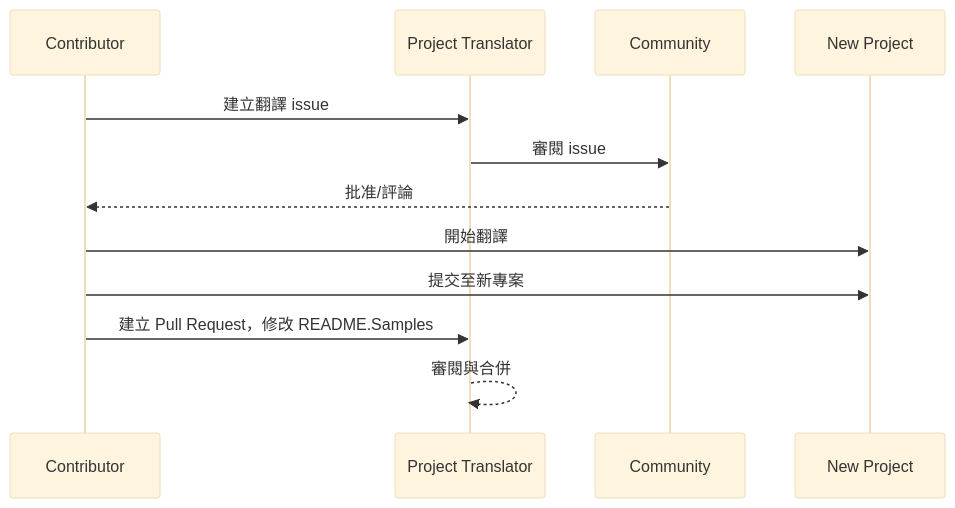
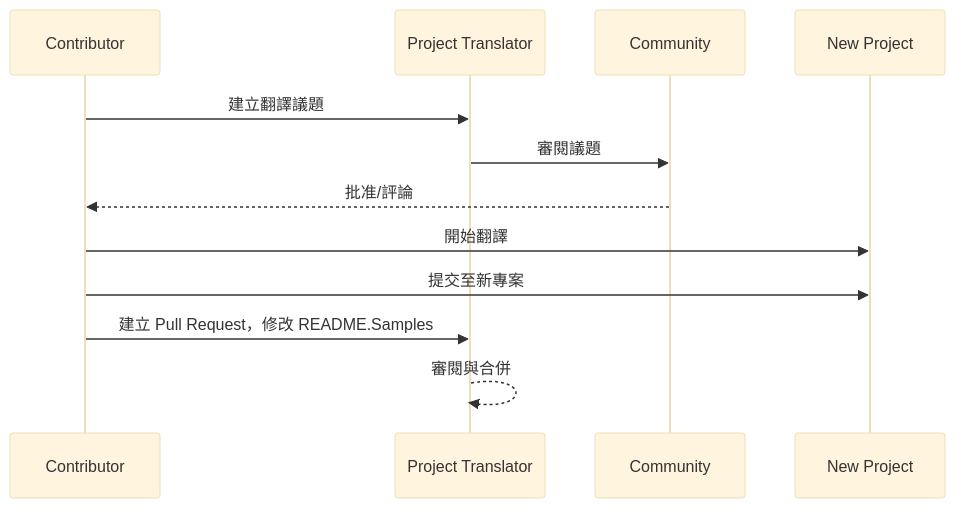
The diagram in readmes/README.zh-tw.md (Project-Translation/project_translator), drawn with Mermaid (base theme) before and after one commit. The commit also changed other lines of this file and 22 other files, not shown here.

````diff
--- a/readmes/README.zh-tw.md
+++ b/readmes/README.zh-tw.md
@@ -64,10 +62,10 @@
 ```mermaid
 sequenceDiagram
-  Contributor->>Project Translator: 建立翻譯 issue
-  Project Translator->>Community: 審閱 issue
+  Contributor->>Project Translator: 建立翻譯議題
+  Project Translator->>Community: 審閱議題
   Community-->>Contributor: 批准/評論
   Contributor->>New Project: 開始翻譯
   Contributor->>New Project: 提交至新專案
   Contributor->>Project Translator: 建立 Pull Request，修改 README.Samples
   Project Translator-->>Project Translator: 審閱與合併
 ```
````
